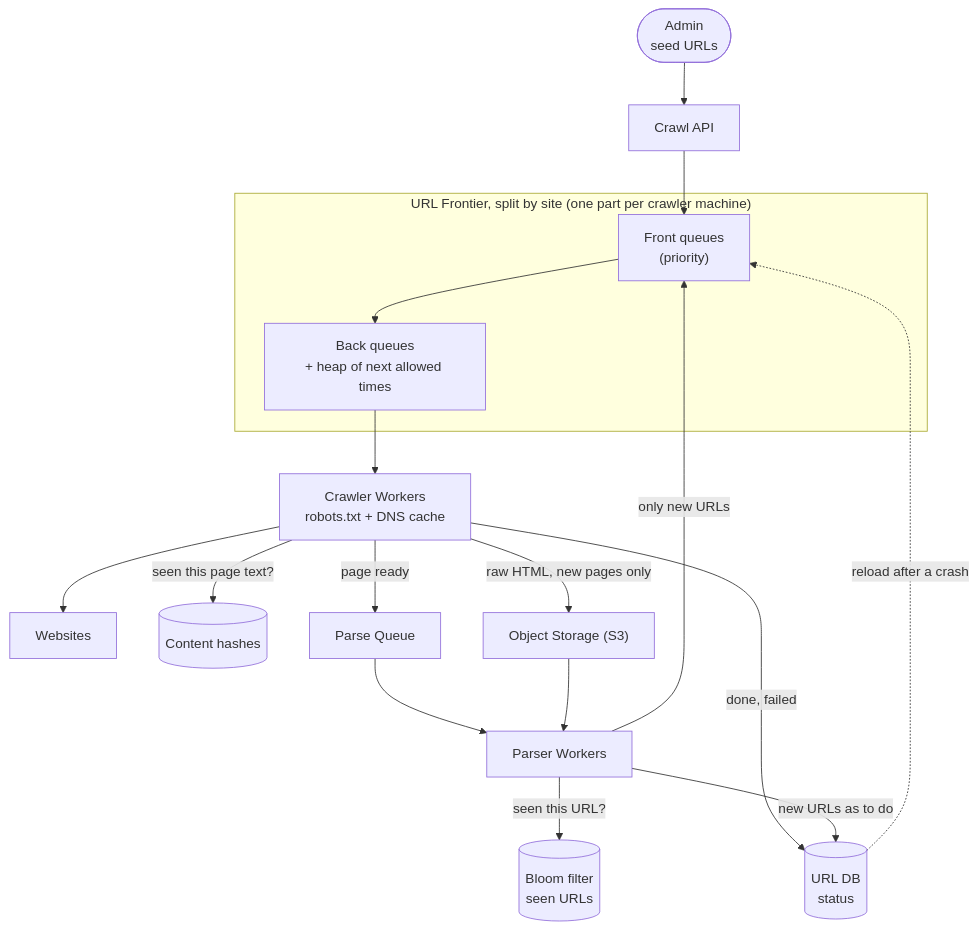
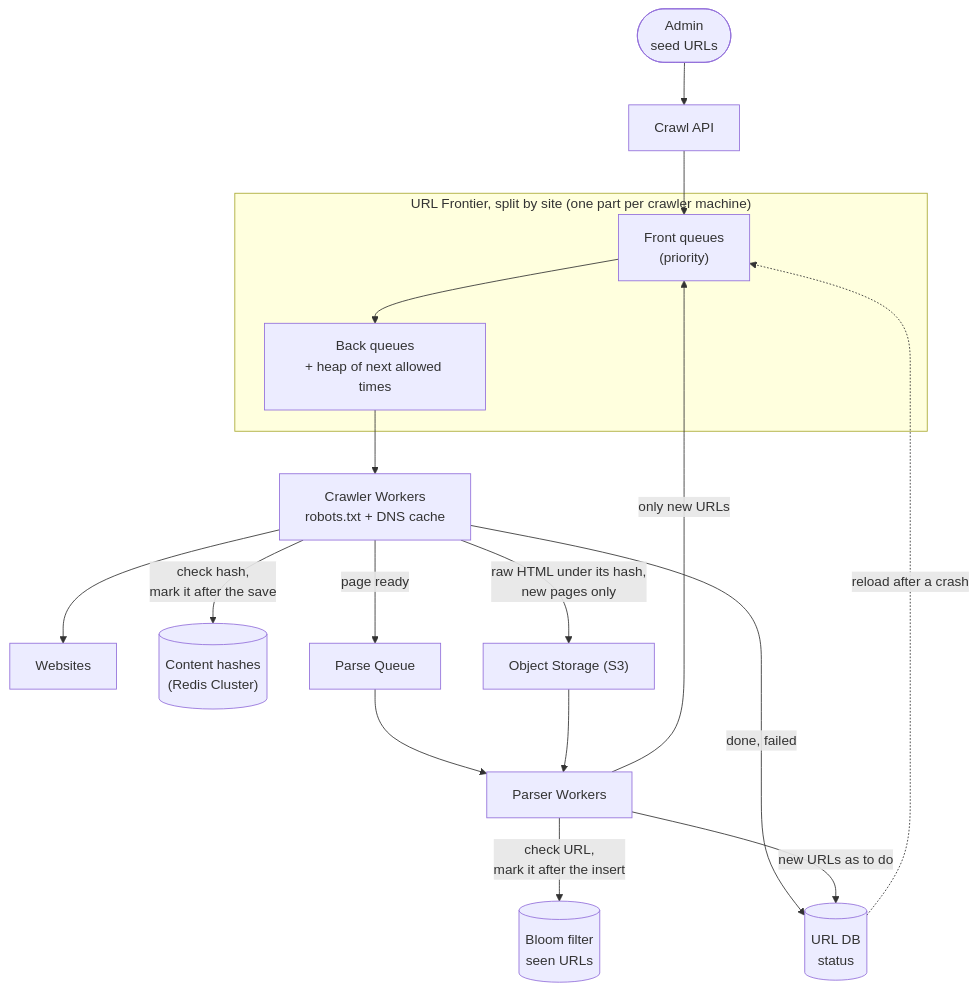
The fifth of 5 diagrams in content/system-design/questions/web-crawler.mdx (iamrs77/interview-ready), drawn with Mermaid before and after one commit. The commit also changed other lines of this file and 132 other files, not shown here.

````diff
--- a/content/system-design/questions/web-crawler.mdx
+++ b/content/system-design/questions/web-crawler.mdx
@@ -243,20 +254,20 @@
 ```mermaid
 flowchart TB
   subgraph Frontier["URL Frontier, split by site (one part per crawler machine)"]
     Front["Front queues<br/>(priority)"]:::queue --> Back["Back queues<br/>+ heap of next allowed times"]:::queue
   end
   Admin(["Admin<br/>seed URLs"]):::client --> API["Crawl API"]:::service
   API --> Front
   Back --> Crawl["Crawler Workers<br/>robots.txt + DNS cache"]:::service
   Crawl --> Web["Websites"]:::external
-  Crawl -->|"seen this page text?"| Hashes[("Content hashes")]:::cache
-  Crawl -->|"raw HTML, new pages only"| S3["Object Storage (S3)"]:::storage
+  Crawl -->|"check hash,<br/>mark it after the save"| Hashes[("Content hashes<br/>(Redis Cluster)")]:::cache
+  Crawl -->|"raw HTML under its hash,<br/>new pages only"| S3["Object Storage (S3)"]:::storage
   Crawl -->|"done, failed"| Meta[("URL DB<br/>status")]:::db
   Crawl -->|"page ready"| PQ["Parse Queue"]:::queue
   PQ --> Parse["Parser Workers"]:::service
   S3 --> Parse
-  Parse -->|"seen this URL?"| Bloom[("Bloom filter<br/>seen URLs")]:::cache
+  Parse -->|"check URL,<br/>mark it after the insert"| Bloom[("Bloom filter<br/>seen URLs")]:::cache
   Parse -->|"new URLs as to do"| Meta
   Parse -->|"only new URLs"| Front
   Meta -.->|"reload after a crash"| Front
 ```
````
